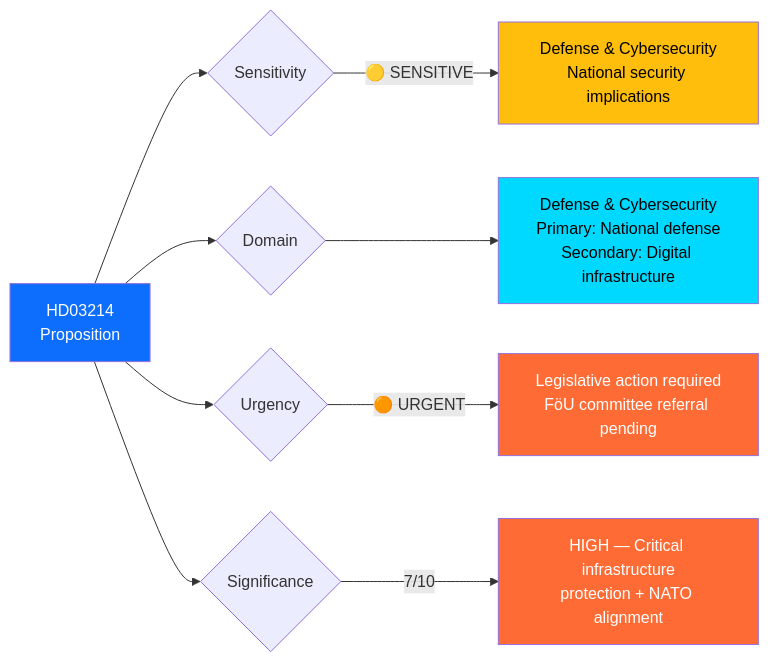
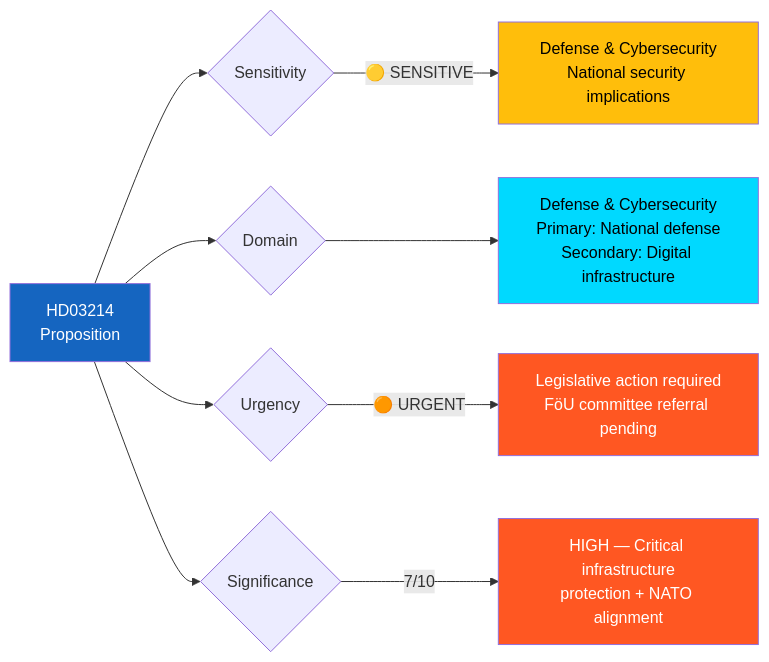
Before and after one commit to Hack23/riksdagsmonitor: the diagram in analysis/daily/2026-04-03/deep-inspection/classification-results.md, drawn with Mermaid. The commit also changed 785 other files, not shown here.

First line of the commit message:
Normalize mermaid colors across 786 analysis artifacts to ISMS Style Guide palette

````diff
--- a/analysis/daily/2026-04-03/deep-inspection/classification-results.md
+++ b/analysis/daily/2026-04-03/deep-inspection/classification-results.md
@@ -12,20 +12,20 @@
 ```mermaid
 graph LR
     A["HD03214<br/>Proposition"] --> B{"Sensitivity"}
     B -->|"🟡 SENSITIVE"| C["Defense & Cybersecurity<br/>National security implications"]
     
     A --> D{"Domain"}
     D --> E["Defense & Cybersecurity<br/>Primary: National defense<br/>Secondary: Digital infrastructure"]
     
     A --> F{"Urgency"}
     F -->|"🟠 URGENT"| G["Legislative action required<br/>FöU committee referral pending"]
     
     A --> H{"Significance"}
     H -->|"7/10"| I["HIGH — Critical infrastructure<br/>protection + NATO alignment"]
 
-    style A fill:#0d6efd,color:#fff
-    style C fill:#ffbe0b,color:#000
-    style E fill:#00d9ff,color:#000
-    style G fill:#ff6b35,color:#fff
-    style I fill:#ff6b35,color:#fff
+    style A fill:#1565C0,color:#FFFFFF
+    style C fill:#ffbe0b,color:#000000
+    style E fill:#00d9ff,color:#000000
+    style G fill:#FF5722,color:#FFFFFF
+    style I fill:#FF5722,color:#FFFFFF
 ```
````
